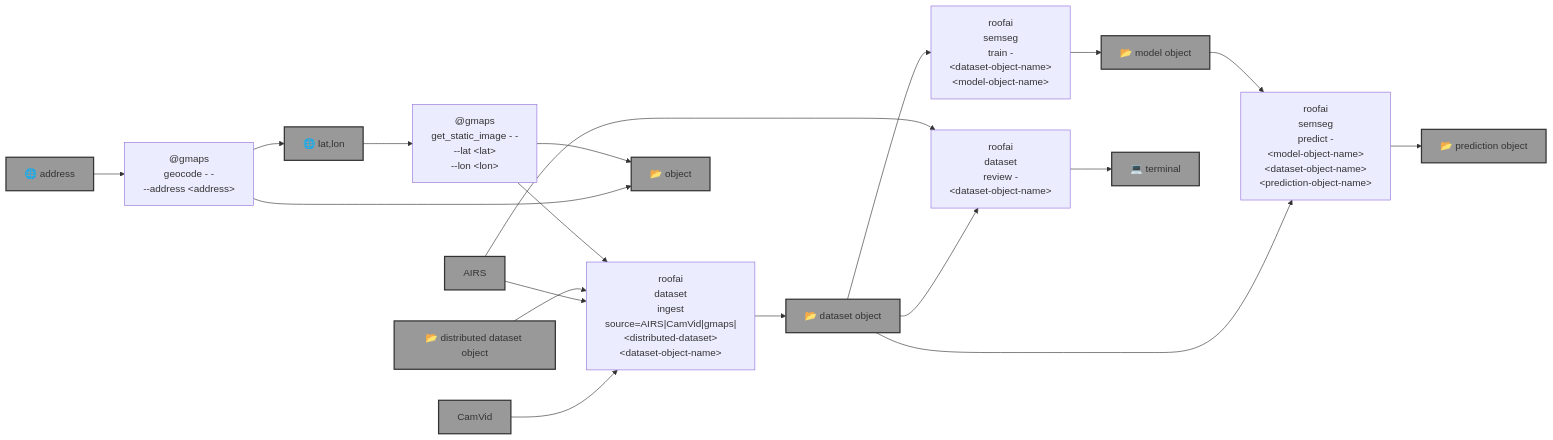
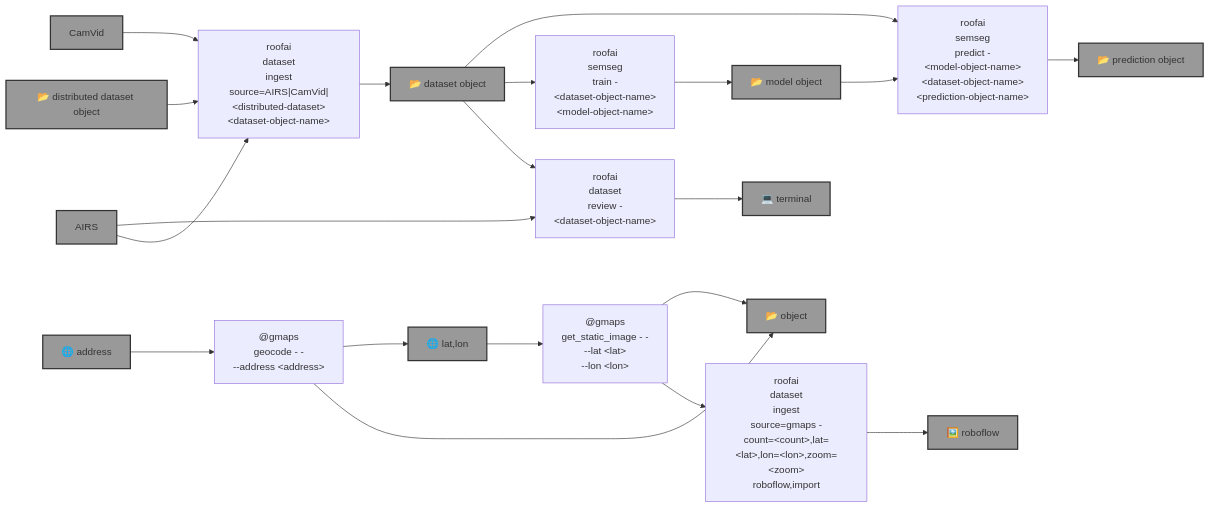
The diagram in README.md (kamangir/roofai), drawn with Mermaid before and after one commit. The commit also changed other lines of this file and 2 other files, not shown here.

Commit message:
doc++ - kamangir/bolt#746 - no-workflow 🪄

````diff
--- a/README.md
+++ b/README.md
@@ -9,51 +9,56 @@
 ```mermaid
 graph LR
-    dataset_ingest["roofai<br>dataset<br>ingest<br>source=AIRS|CamVid|gmaps|&lt;distributed-dataset&gt;<br>&lt;dataset-object-name&gt;"]
+    dataset_ingest["roofai<br>dataset<br>ingest<br>source=AIRS|CamVid|&lt;distributed-dataset&gt;<br>&lt;dataset-object-name&gt;"]
+
+    dataset_ingest_gmaps["roofai<br>dataset<br>ingest<br>source=gmaps -<br>count=&lt;count&gt;,lat=&lt;lat&gt;,lon=&lt;lon&gt;,zoom=&lt;zoom&gt;<br>roboflow,import"]
 
     dataset_review["roofai<br>dataset<br>review -<br>&lt;dataset-object-name&gt;"]
 
     gmaps_get_static_image["@gmaps<br>get_static_image - -<br>--lat &lt;lat&gt;<br>--lon &lt;lon&gt;"]
 
     gmaps_geocode["@gmaps<br>geocode - -<br>--address &lt;address&gt;"]
 
     semseg_train["roofai<br>semseg<br>train -<br>&lt;dataset-object-name&gt;<br>&lt;model-object-name&gt;"]
 
     semseg_predict["roofai<br>semseg<br>predict -<br>&lt;model-object-name&gt;<br>&lt;dataset-object-name&gt;<br>&lt;prediction-object-name&gt;"]
 
     address["🌐 address"]:::folder
     lat_lon["🌐 lat,lon"]:::folder
     AIRS["AIRS"]:::folder
     CamVid["CamVid"]:::folder
     dataset_object_name["📂 dataset object"]:::folder
     distributed_dataset_object_name["📂 distributed dataset object"]:::folder
     model_object_name["📂 model object"]:::folder
     prediction_object_name["📂 prediction object"]:::folder
     object_name["📂 object"]:::folder
     terminal["💻 terminal"]:::folder
+    roboflow["🖼️ roboflow"]:::folder
 
-    gmaps_get_static_image --> dataset_ingest
     distributed_dataset_object_name --> dataset_ingest
     AIRS --> dataset_ingest
     CamVid --> dataset_ingest
     dataset_ingest --> dataset_object_name
+
+    gmaps_get_static_image --> dataset_ingest_gmaps
+    dataset_ingest_gmaps --> roboflow
 
     AIRS --> dataset_review
     dataset_object_name --> dataset_review
     dataset_review --> terminal
 
     dataset_object_name --> semseg_train
     semseg_train --> model_object_name
 
     model_object_name --> semseg_predict
     dataset_object_name --> semseg_predict
     semseg_predict --> prediction_object_name
 
     lat_lon --> gmaps_get_static_image
     gmaps_get_static_image --> object_name
 
     address --> gmaps_geocode
     gmaps_geocode --> object_name
     gmaps_geocode --> lat_lon
 
     classDef folder fill:#999,stroke:#333,stroke-width:2px;
 ```
````
